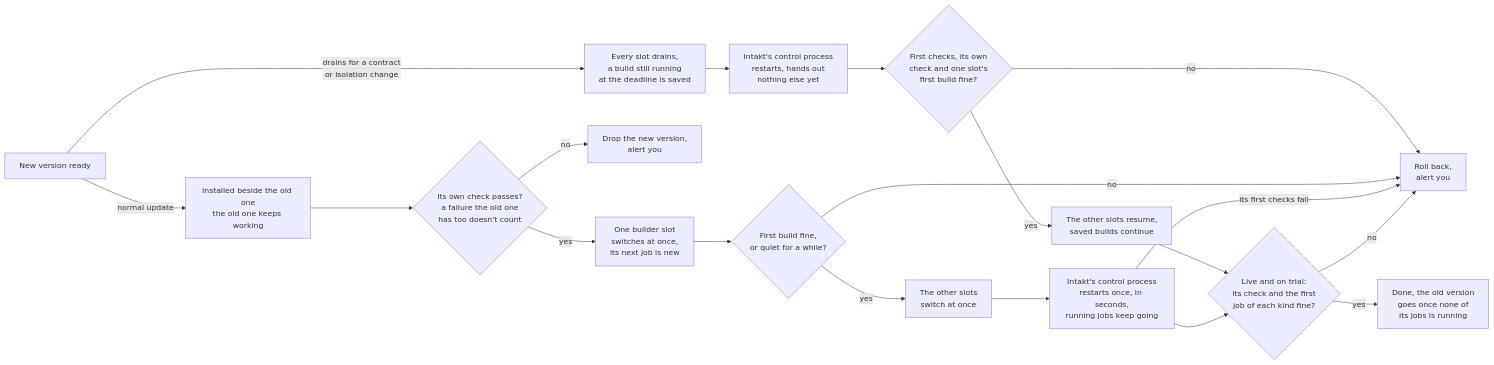
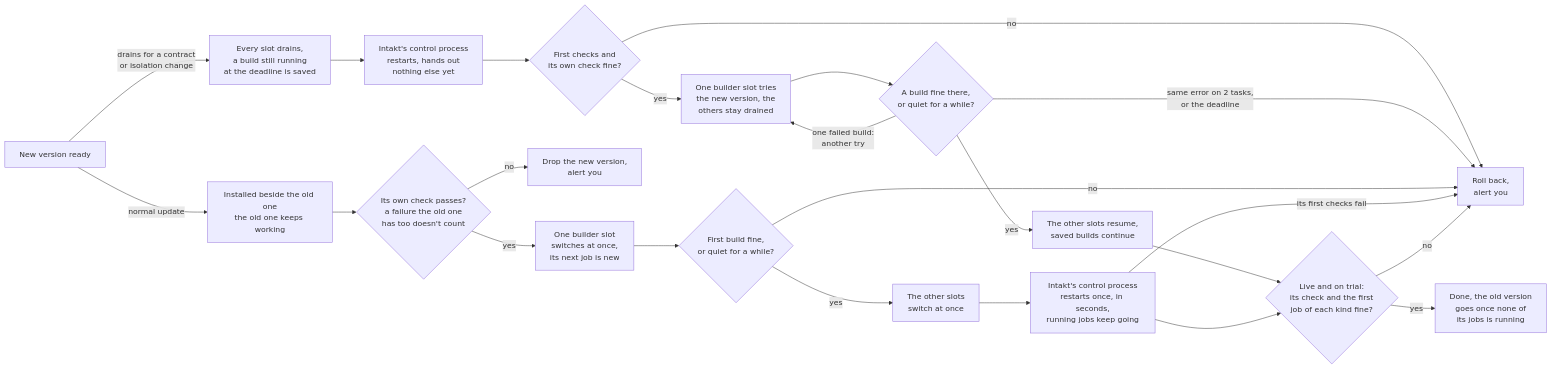
The fifth of 5 diagrams in docs/guide/the-engine-room.md (shinyredapples/intakt), drawn with Mermaid before and after one commit. The commit also changed other lines of this file and 2 other files, not shown here.

Commit message:
docs(design): class drain self-check and canary failures as after going live, before the trial

````diff
--- a/docs/guide/the-engine-room.md
+++ b/docs/guide/the-engine-room.md
@@ -179,21 +179,25 @@
 ```mermaid
 flowchart LR
   a[New version ready] -- normal update --> b[Installed beside the old one<br/>the old one keeps working]
   a -- drains for a contract<br/>or isolation change --> n[Every slot drains,<br/>a build still running<br/>at the deadline is saved]
   n --> o[Intakt's control process<br/>restarts, hands out<br/>nothing else yet]
-  o --> p{First checks, its own<br/>check and one slot's<br/>first build fine?}
+  o --> p{First checks and<br/>its own check fine?}
   p -- no --> h
-  p -- yes --> q[The other slots resume,<br/>saved builds continue]
+  p -- yes --> r[One builder slot tries<br/>the new version, the<br/>others stay drained]
+  r --> s{A build fine there,<br/>or quiet for a while?}
+  s -- "one failed build:<br/>another try" --> r
+  s -- "same error on 2 tasks,<br/>or the deadline" --> h
+  s -- yes --> q[The other slots resume,<br/>saved builds continue]
   q --> l
   b --> c{Its own check passes?<br/>a failure the old one<br/>has too doesn't count}
   c -- no --> g[Drop the new version,<br/>alert you]
   c -- yes --> d[One builder slot<br/>switches at once,<br/>its next job is new]
   d --> e{First build fine,<br/>or quiet for a while?}
   e -- no --> h[Roll back,<br/>alert you]
   e -- yes --> f[The other slots<br/>switch at once]
   f --> j[Intakt's control process<br/>restarts once, in seconds,<br/>running jobs keep going]
   j -- its first checks fail --> h
   j --> l{Live and on trial:<br/>its check and the first<br/>job of each kind fine?}
   l -- no --> h
   l -- yes --> m[Done, the old version<br/>goes once none of<br/>its jobs is running]
 ```
````
